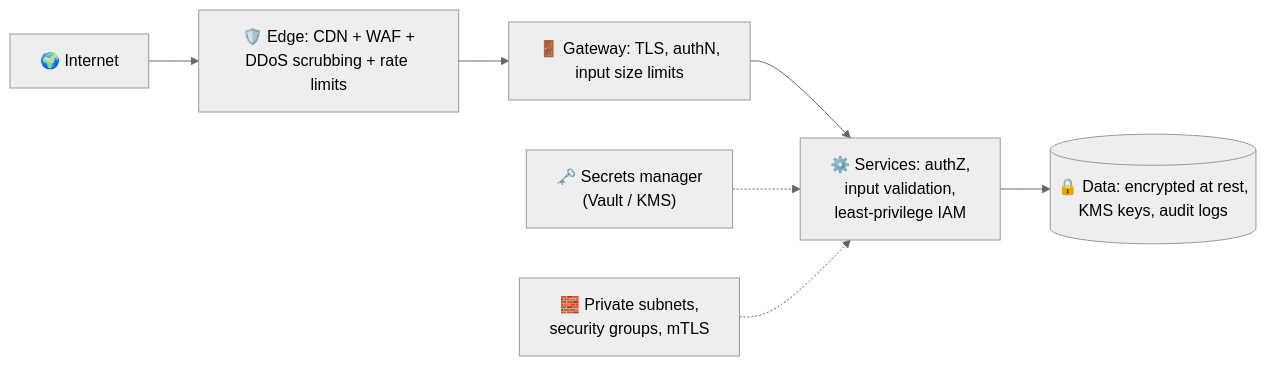
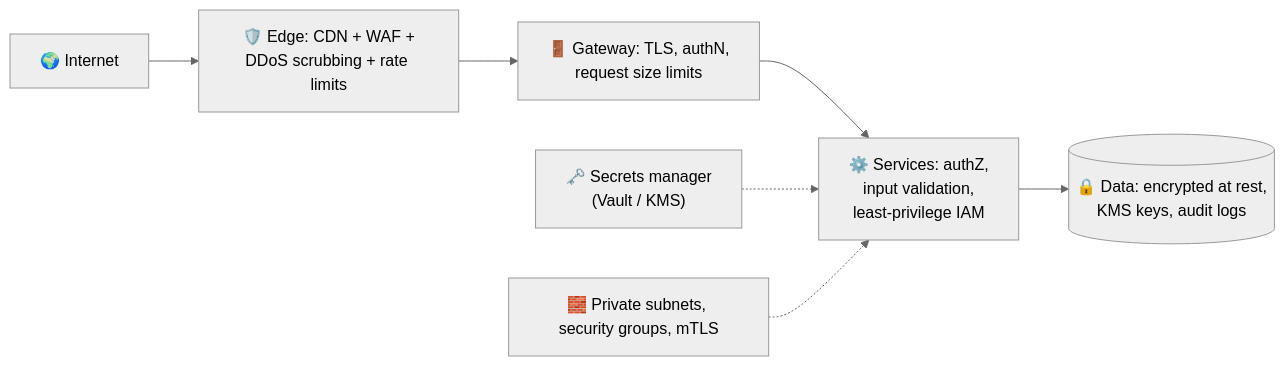
The diagram in phases/08-reliability-ops/070-security-essentials.md (winnyboy5/System-Design-from-Atoms), drawn with Mermaid (neutral theme) before and after one commit. The commit also changed other lines of this file and 9 other files, not shown here.

````diff
--- a/phases/08-reliability-ops/070-security-essentials.md
+++ b/phases/08-reliability-ops/070-security-essentials.md
@@ -30,9 +42,9 @@
 ```mermaid
 flowchart LR
     U["🌍 Internet"] --> EDGE["🛡️ Edge: CDN + WAF +<br/>DDoS scrubbing + rate limits"]
-    EDGE --> GW["🚪 Gateway: TLS, authN,<br/>input size limits"]
+    EDGE --> GW["🚪 Gateway: TLS, authN,<br/>request size limits"]
     GW --> SVC["⚙️ Services: authZ,<br/>input validation,<br/>least-privilege IAM"]
     SVC --> DATA[("🔒 Data: encrypted at rest,<br/>KMS keys, audit logs")]
     SEC["🗝️ Secrets manager<br/>(Vault / KMS)"] -.-> SVC
-    NET["🧱 Private subnets,<br/>security groups, mTLS"] -.-> SVC
+    NET["🧱 Private subnets, security groups, mTLS"] -.-> SVC
 ```
````
